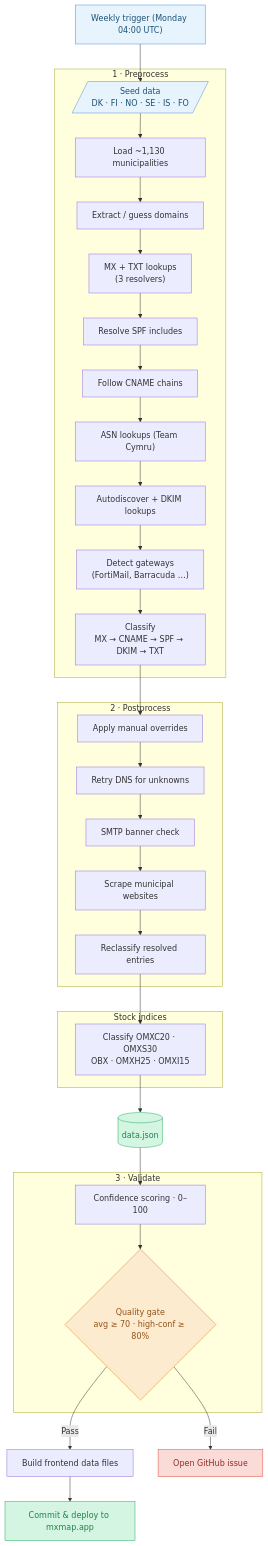
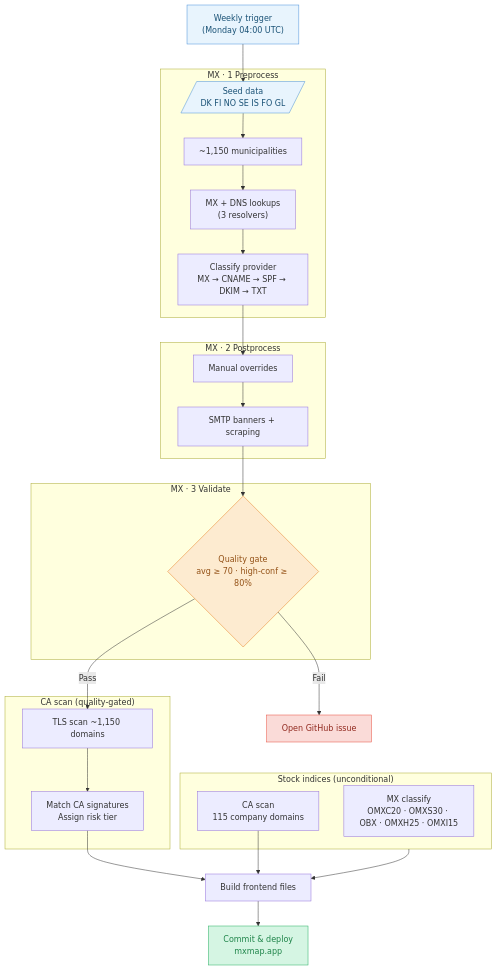
The diagram in README.md (KimTholstorf/mxmap-dk), drawn with Mermaid before and after one commit. The commit also changed other lines of this file and 1 other file, not shown here.

````diff
--- a/README.md
+++ b/README.md
@@ -27,49 +63,43 @@
 ```mermaid
 flowchart TD
-    trigger["Weekly trigger (Monday 04:00 UTC)"] --> seed
+    trigger["Weekly trigger\n(Monday 04:00 UTC)"] --> seed
 
-    subgraph pre ["1 · Preprocess"]
-        seed[/"Seed data\nDK · FI · NO · SE · IS · FO"/] --> fetch["Load ~1,130 municipalities"]
-        fetch --> domains["Extract / guess domains"]
-        domains --> dns["MX + TXT lookups\n(3 resolvers)"]
-        dns --> spf_resolve["Resolve SPF includes"]
-        spf_resolve --> cname["Follow CNAME chains"]
-        cname --> asn["ASN lookups (Team Cymru)"]
-        asn --> autodiscover["Autodiscover + DKIM lookups"]
-        autodiscover --> gateway["Detect gateways\n(FortiMail, Barracuda …)"]
-        gateway --> classify["Classify\nMX → CNAME → SPF → DKIM → TXT"]
+    subgraph pre ["MX · 1 Preprocess"]
+        seed[/"Seed data\nDK FI NO SE IS FO GL"/] --> fetch["~1,150 municipalities"]
+        fetch --> dns["MX + DNS lookups\n(3 resolvers)"]
+        dns --> classify["Classify provider\nMX → CNAME → SPF → DKIM → TXT"]
     end
 
-    classify --> overrides
-
-    subgraph post ["2 · Postprocess"]
-        overrides["Apply manual overrides"] --> retry["Retry DNS for unknowns"]
-        retry --> smtp["SMTP banner check"]
-        smtp --> scrape["Scrape municipal websites"]
-        scrape --> reclassify["Reclassify resolved entries"]
+    subgraph post ["MX · 2 Postprocess"]
+        classify --> overrides["Manual overrides"]
+        overrides --> smtp["SMTP banners + scraping"]
     end
 
-    reclassify --> companies
-
-    subgraph idx ["Stock indices"]
-        companies["Classify OMXC20 · OMXS30\nOBX · OMXH25 · OMXI15"]
+    subgraph val ["MX · 3 Validate"]
+        smtp --> gate{"Quality gate\navg ≥ 70 · high-conf ≥ 80%"}
     end
 
-    companies --> data[("data.json")]
-    data --> score
-
-    subgraph val ["3 · Validate"]
-        score["Confidence scoring · 0–100"] --> gate{"Quality gate\navg ≥ 70 · high-conf ≥ 80%"}
+    subgraph idx ["Stock indices (unconditional)"]
+        companies["MX classify\nOMXC20 · OMXS30 · OBX · OMXH25 · OMXI15"]
+        companies_ca["CA scan\n115 company domains"]
     end
 
-    gate -- "Pass" --> build["Build frontend data files"]
-    build --> deploy["Commit & deploy to mxmap.app"]
+    gate -- "Pass" --> ca_scan
     gate -- "Fail" --> issue["Open GitHub issue"]
+
+    subgraph ca ["CA scan (quality-gated)"]
+        ca_scan["TLS scan ~1,150 domains"]
+        ca_scan --> ca_classify["Match CA signatures\nAssign risk tier"]
+    end
+
+    ca_classify --> build["Build frontend files"]
+    companies_ca --> build
+    idx --> build
+    build --> commit["Commit & deploy\nmxmap.app"]
 
     style trigger fill:#e8f4fd,stroke:#4a90d9,color:#1a5276
     style seed fill:#e8f4fd,stroke:#4a90d9,color:#1a5276
-    style data fill:#d5f5e3,stroke:#27ae60,color:#1e8449
-    style deploy fill:#d5f5e3,stroke:#27ae60,color:#1e8449
+    style commit fill:#d5f5e3,stroke:#27ae60,color:#1e8449
     style issue fill:#fadbd8,stroke:#e74c3c,color:#922b21
     style gate fill:#fdebd0,stroke:#e67e22,color:#935116
 ```
````
